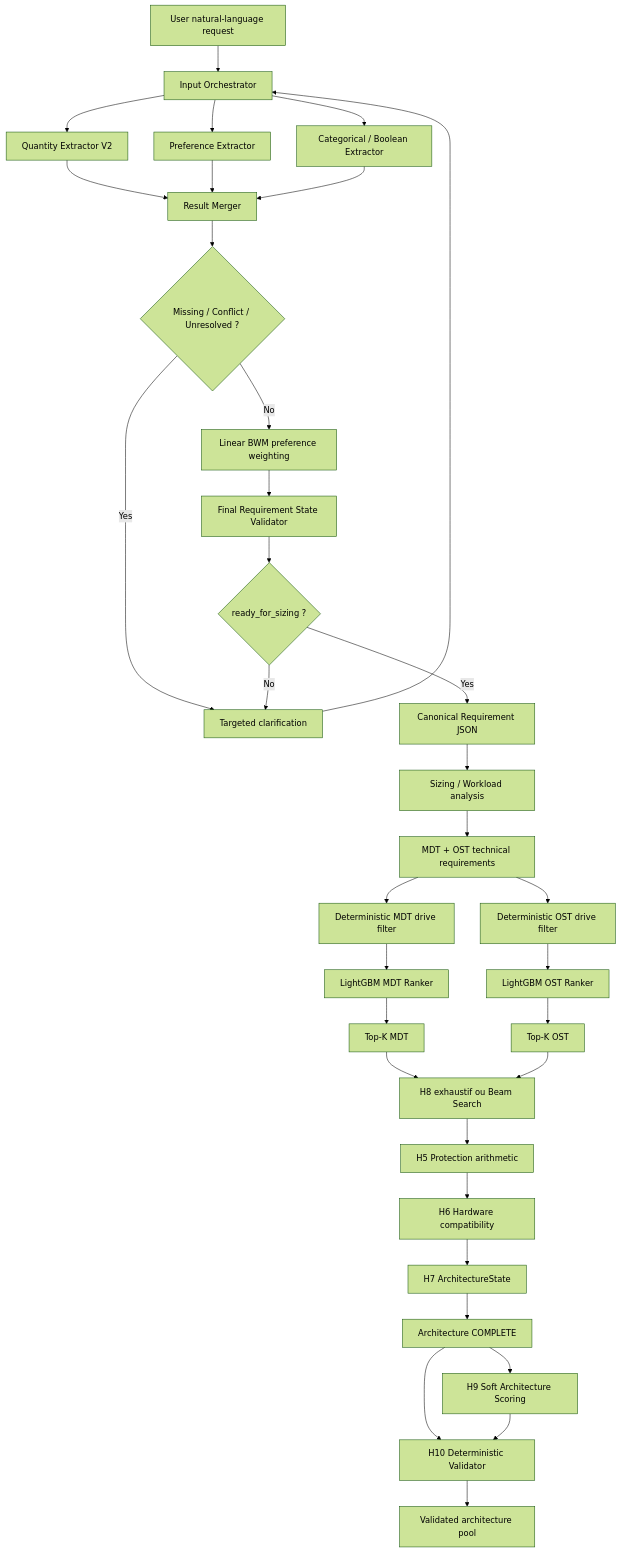
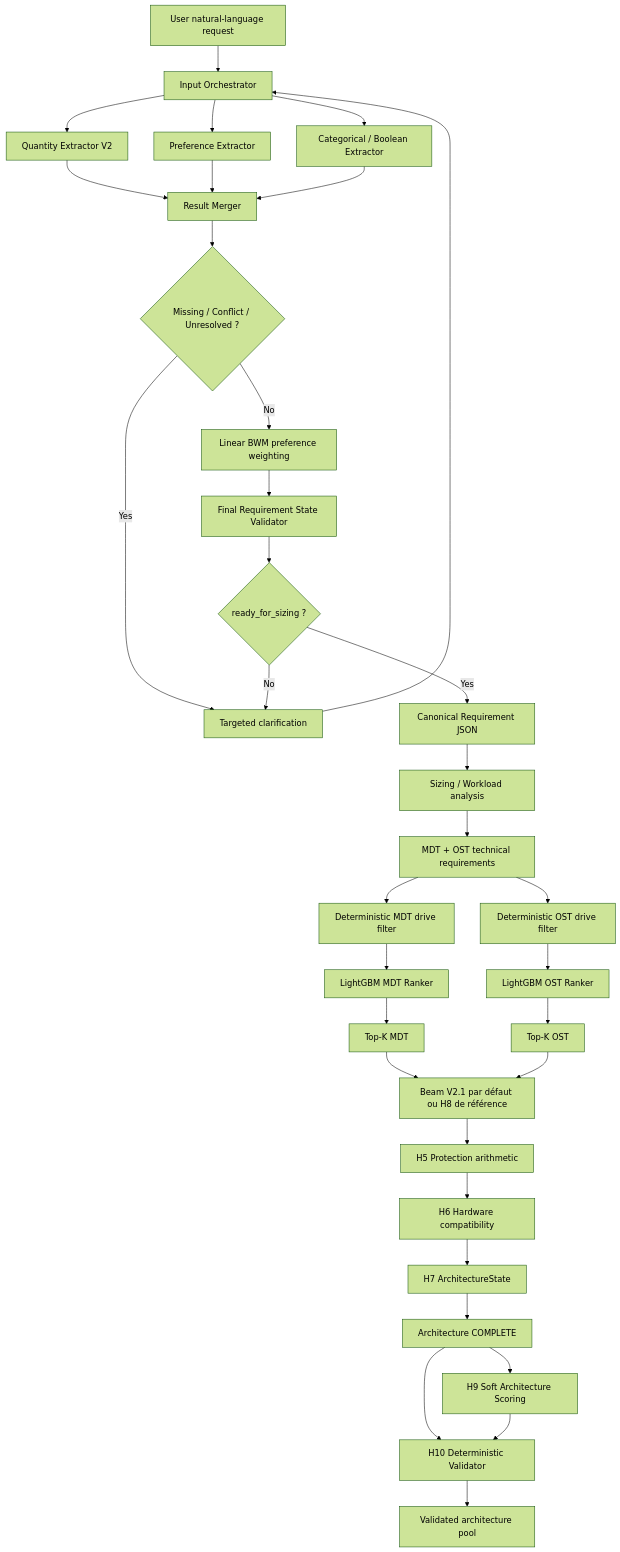
The diagram in README.md (Ahmed-Abdelhedi/EXPLAINABLE_LUSTRE_FILE_SYSTEM_RECOMMENDER), drawn with Mermaid (forest theme) before and after one commit. The commit also changed other lines of this file and 6 other files, not shown here.

First line of the commit message:
feat(e2e): integrate Beam Search V2.1 into production pipeline

````diff
--- a/README.md
+++ b/README.md
@@ -56,48 +56,48 @@
 ```mermaid
 flowchart TD
     A[User natural-language request] --> B[Input Orchestrator]
 
     B --> Q[Quantity Extractor V2]
     B --> P[Preference Extractor]
     B --> C[Categorical / Boolean Extractor]
 
     Q --> M[Result Merger]
     P --> M
     C --> M
 
     M --> K{Missing / Conflict / Unresolved ?}
     K -- Yes --> F[Targeted clarification]
     F --> B
 
     K -- No --> W[Linear BWM preference weighting]
     W --> V[Final Requirement State Validator]
 
     V --> R{ready_for_sizing ?}
     R -- No --> F
     R -- Yes --> J[Canonical Requirement JSON]
 
     J --> S[Sizing / Workload analysis]
     S --> T[MDT + OST technical requirements]
 
     T --> D1[Deterministic MDT drive filter]
     T --> D2[Deterministic OST drive filter]
 
     D1 --> L1[LightGBM MDT Ranker]
     D2 --> L2[LightGBM OST Ranker]
 
     L1 --> K1[Top-K MDT]
     L2 --> K2[Top-K OST]
 
-    K1 --> SEARCH[H8 exhaustif ou Beam Search]
+    K1 --> SEARCH[Beam V2.1 par défaut ou H8 de référence]
     K2 --> SEARCH
     SEARCH --> H5[H5 Protection arithmetic]
 
     H5 --> H6[H6 Hardware compatibility]
     H6 --> H7[H7 ArchitectureState]
     H7 --> COMPLETE[Architecture COMPLETE]
     COMPLETE --> H9[H9 Soft Architecture Scoring]
     COMPLETE --> H10[H10 Deterministic Validator]
     H9 --> H10
 
     H10 --> OUT[Validated architecture pool]
 ```
````
